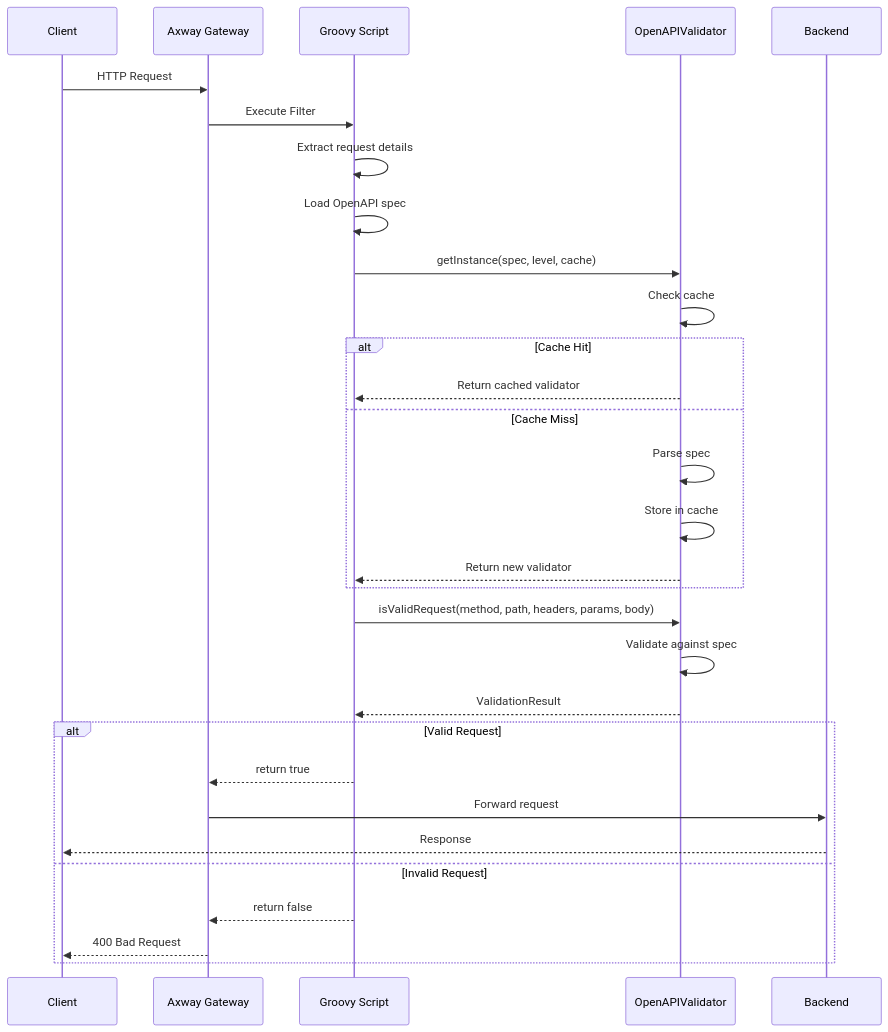
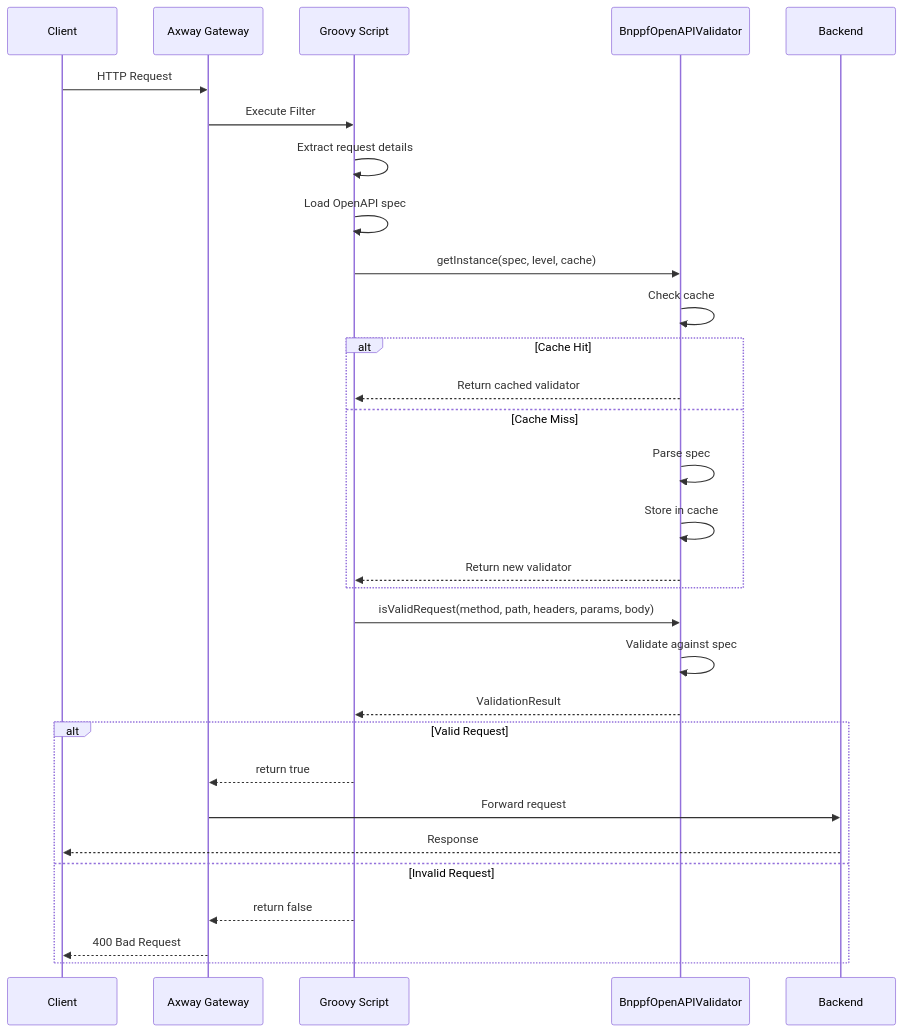
One commit to Barondev007/Testclaud changed the third of 8 diagrams in doc/diagrams/architecture-diagrams.md. Above: the diagram before and after it, drawn with Mermaid. The commit also changed other lines of this file and 9 other files, not shown here.

First line of the commit message:
Rename OpenAPIValidator class to BnppfOpenAPIValidator

````diff
--- a/doc/diagrams/architecture-diagrams.md
+++ b/doc/diagrams/architecture-diagrams.md
@@ -82,38 +82,38 @@
 ```mermaid
 sequenceDiagram
     participant Client
     participant Gateway as Axway Gateway
     participant Script as Groovy Script
-    participant Validator as OpenAPIValidator
+    participant Validator as BnppfOpenAPIValidator
     participant Backend
 
     Client->>Gateway: HTTP Request
     Gateway->>Script: Execute Filter
 
     Script->>Script: Extract request details
     Script->>Script: Load OpenAPI spec
 
     Script->>Validator: getInstance(spec, level, cache)
     Validator->>Validator: Check cache
 
     alt Cache Hit
         Validator-->>Script: Return cached validator
     else Cache Miss
         Validator->>Validator: Parse spec
         Validator->>Validator: Store in cache
         Validator-->>Script: Return new validator
     end
 
     Script->>Validator: isValidRequest(method, path, headers, params, body)
     Validator->>Validator: Validate against spec
     Validator-->>Script: ValidationResult
 
     alt Valid Request
         Script-->>Gateway: return true
         Gateway->>Backend: Forward request
         Backend-->>Client: Response
     else Invalid Request
         Script-->>Gateway: return false
         Gateway-->>Client: 400 Bad Request
     end
 ```
````
